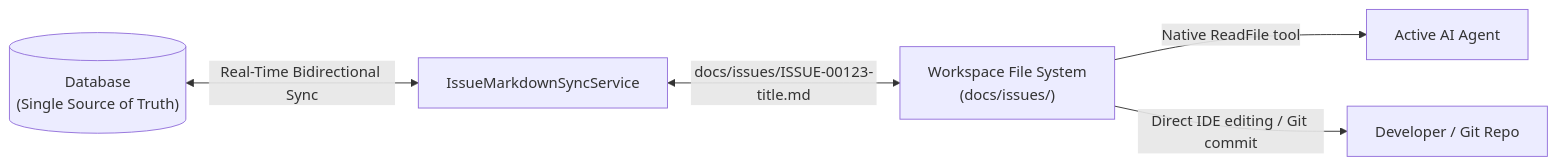
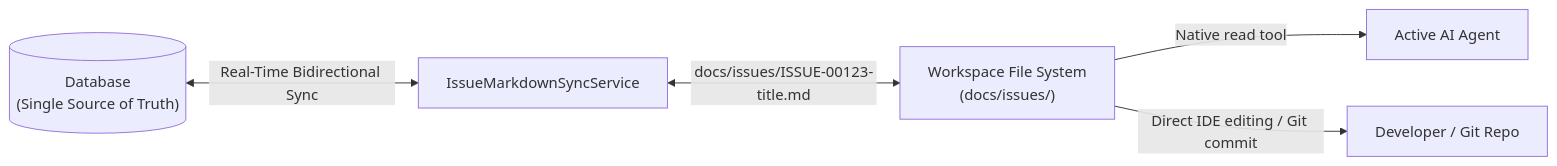
One commit to jetelain/NightCodeForge changed the sixth of 17 diagrams in docs/ARCHITECTURE.md. Above: the diagram before and after it, drawn with Mermaid. The commit also changed other lines of this file and 6 other files, not shown here.

````diff
--- a/docs/ARCHITECTURE.md
+++ b/docs/ARCHITECTURE.md
@@ -253,7 +340,7 @@
 ```mermaid
 flowchart LR
     DB[("Database\n(Single Source of Truth)")] <-->|"Real-Time Bidirectional Sync"| SyncEngine["IssueMarkdownSyncService"]
     SyncEngine <-->|"docs/issues/ISSUE-00123-title.md"| Disk["Workspace File System\n(docs/issues/)"]
-    Disk -->|"Native ReadFile tool"| Agent["Active AI Agent"]
+    Disk -->|"Native read tool"| Agent["Active AI Agent"]
     Disk -->|"Direct IDE editing / Git commit"| Developer["Developer / Git Repo"]
 ```
````
